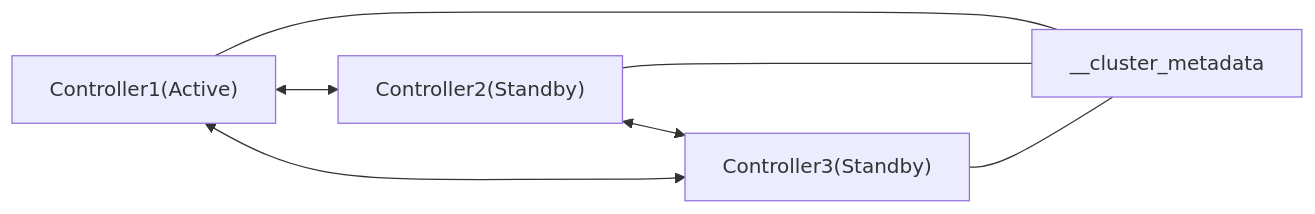
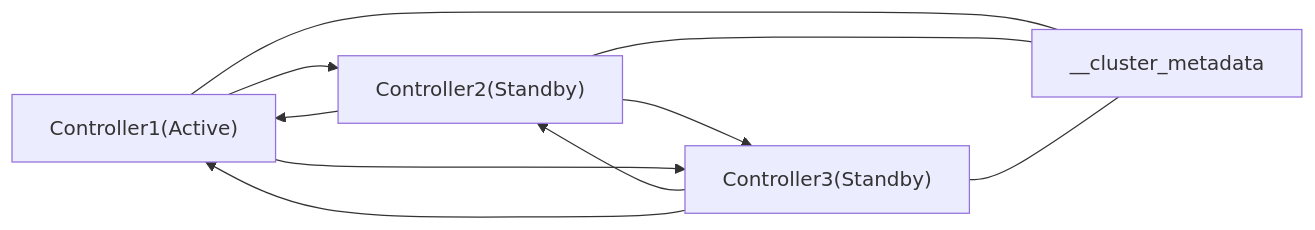
One commit to yjkim2015/yjkim2015.github.io changed the ninth of 17 diagrams in _posts/kafka/2026-05-01-kafka-fundamentals.md. Above: the diagram before and after it, drawn with Mermaid. The commit also changed other lines of this file and 38 other files, not shown here.

First line of the commit message:
Mermaid 파싱 에러 최종 수정 + 화살표 간격 확대

````diff
--- a/_posts/kafka/2026-05-01-kafka-fundamentals.md
+++ b/_posts/kafka/2026-05-01-kafka-fundamentals.md
@@ -293,7 +297,10 @@
 ```mermaid
 graph LR
-    C1["Controller1(Active)"] <--> C2["Controller2(Standby)"]
-    C2 <--> C3["Controller3(Standby)"]
-    C1 <--> C3
+    C1["Controller1(Active)"] --> C2["Controller2(Standby)"]
+    C2["Controller2(Standby)"] --> C1["Controller1(Active)"]
+    C2 --> C3["Controller3(Standby)"]
+    C3["Controller3(Standby)"] --> C2
+    C1 --> C3
+    C3 --> C1
     C1 & C2 & C3 --- META["__cluster_metadata"]
 ```
````
